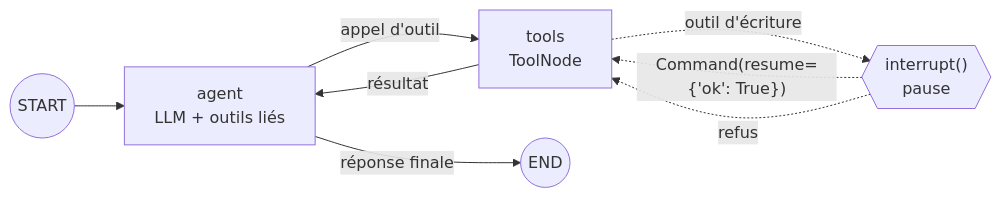
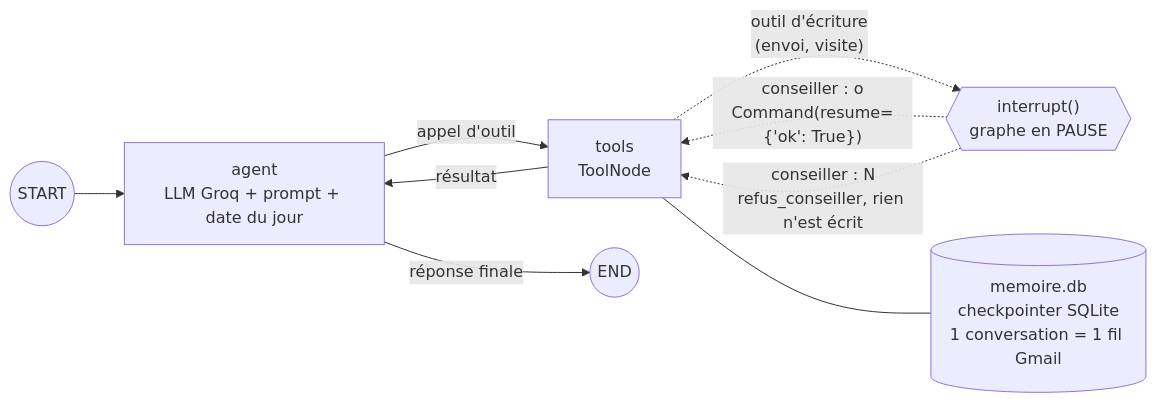
The sixth of 7 diagrams in README.md (khadijagueye235/sama-ker-agent), drawn with Mermaid before and after one commit. The commit also changed other lines of this file and 16 other files, not shown here.

````diff
--- a/README.md
+++ b/README.md
@@ -607,10 +611,11 @@
 ```mermaid
 flowchart LR
-    S((START)) --> M["agent<br/>LLM + outils liés"]
+    S((START)) --> M["agent<br/>LLM Groq + prompt + date du jour"]
     M -->|appel d'outil| T["tools<br/>ToolNode"]
     M -->|réponse finale| E((END))
     T -->|résultat| M
-    T -.->|outil d'écriture| I{{"interrupt()<br/>pause"}}
-    I -.->|"Command(resume={'ok': True})"| T
-    I -.->|refus| T
+    T -.->|"outil d'écriture<br/>(envoi, visite)"| I{{"interrupt()<br/>graphe en PAUSE"}}
+    I -.->|"conseiller : o<br/>Command(resume={'ok': True})"| T
+    I -.->|"conseiller : N<br/>refus_conseiller, rien n'est écrit"| T
+    T --- K[("memoire.db<br/>checkpointer SQLite<br/>1 conversation = 1 fil Gmail")]
 ```
````
